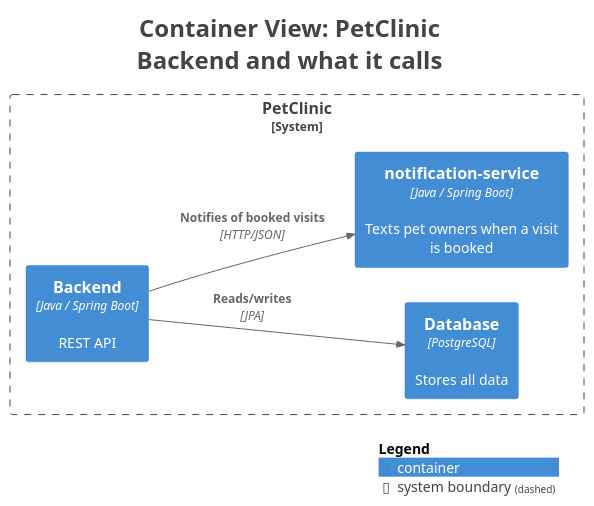
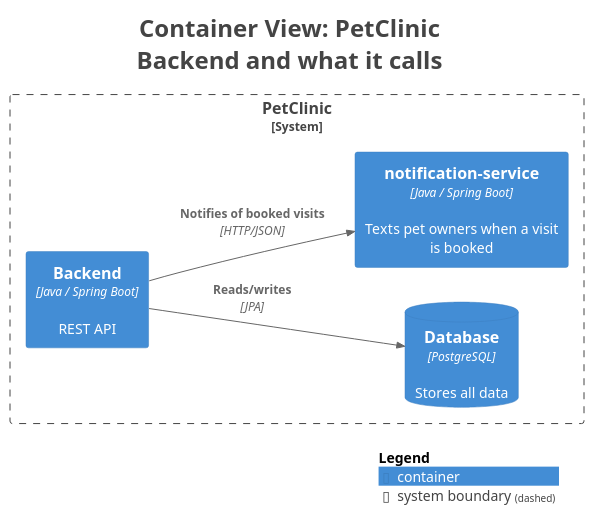
Before and after one commit to victorrentea/petclinic: the diagram in petclinic-backend/docs/generated/c4views/C2-BackendOutbound.puml, drawn with PlantUML. The commit also changed 2 other files, not shown here.

```diff
--- a/petclinic-backend/docs/generated/c4views/C2-BackendOutbound.puml
+++ b/petclinic-backend/docs/generated/c4views/C2-BackendOutbound.puml
@@ -1,29 +1,29 @@
 @startuml
 title <size:24>Container View: PetClinic</size>\n<size:24>Backend and what it calls</size>
 
 set separator none
 left to right direction
 
 <style>
   root {
     BackgroundColor: #ffffff
     FontColor: #444444
   }
 </style>
 
 !include <C4/C4>
 !include <C4/C4_Context>
 !include <C4/C4_Container>
 
 System_Boundary("PetClinic_boundary", "PetClinic", $tags="") {
-  Container(PetClinic.Database, "Database", $techn="PostgreSQL", $descr="Stores all data", $tags="", $link="")
+  ContainerDb(PetClinic.Database, "Database", $techn="PostgreSQL", $descr="Stores all data", $tags="", $link="")
   Container(PetClinic.notificationservice, "notification-service", $techn="Java / Spring Boot", $descr="Texts pet owners when a visit is booked", $tags="", $link="")
   Container(PetClinic.Backend, "Backend", $techn="Java / Spring Boot", $descr="REST API", $tags="", $link="")
 }
 
 Rel(PetClinic.Backend, PetClinic.Database, "Reads/writes", $techn="JPA", $tags="", $link="")
 Rel(PetClinic.Backend, PetClinic.notificationservice, "Notifies of booked visits", $techn="HTTP/JSON", $tags="", $link="")
 
 SHOW_LEGEND(true)
 hide stereotypes
 @enduml
```
